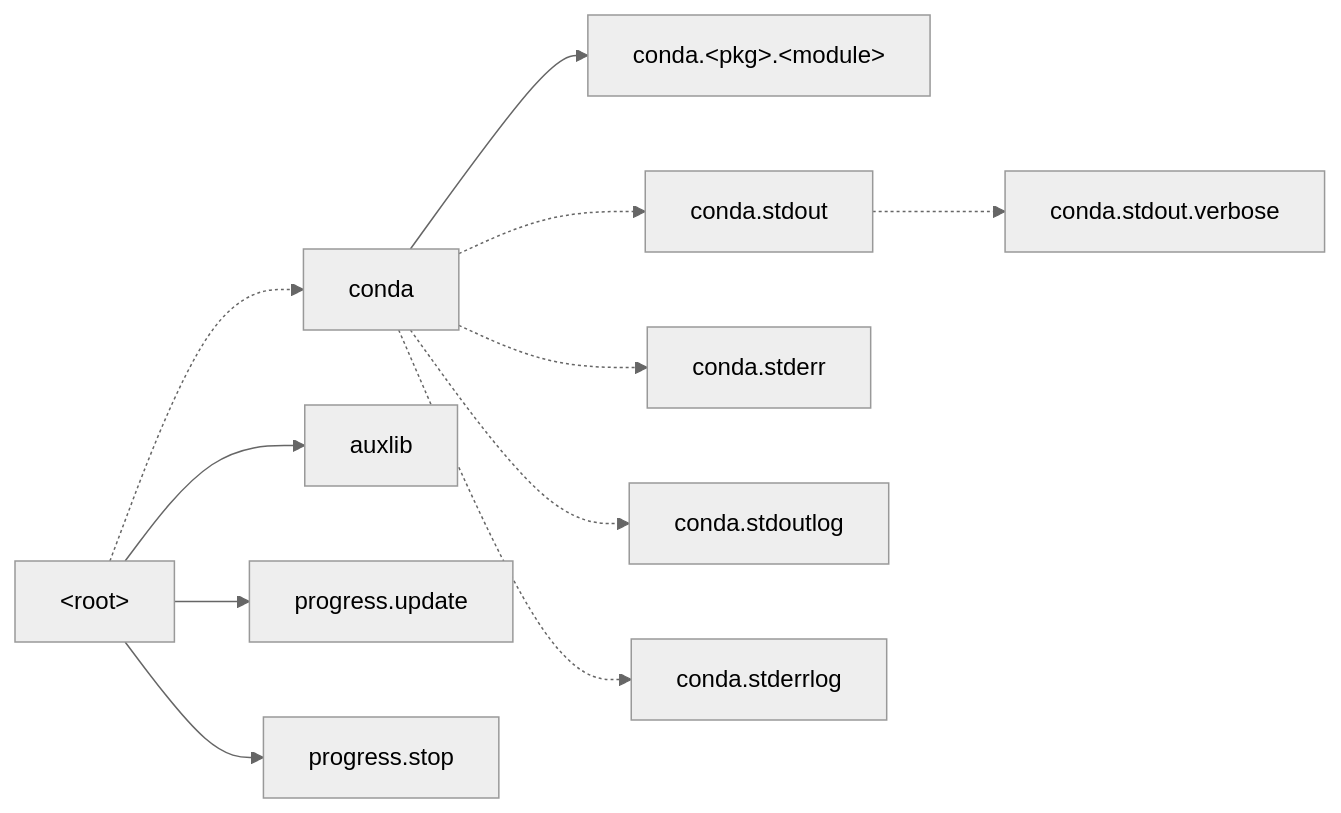
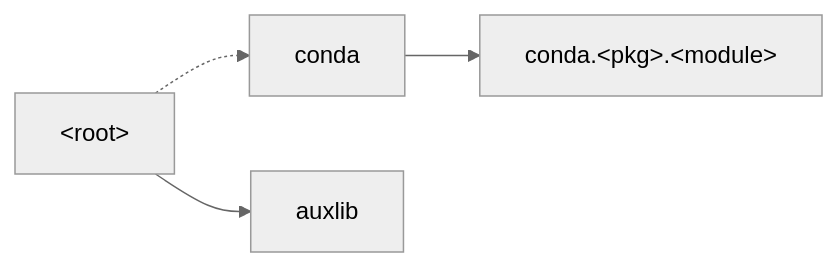
One commit to conda/conda changed the diagram in docs/source/dev-guide/deep-dives/logging.md. Above: the diagram before and after it, drawn with Mermaid (neutral theme). The commit also changed other lines of this file, not shown here.

````diff
--- a/docs/source/dev-guide/deep-dives/logging.md
+++ b/docs/source/dev-guide/deep-dives/logging.md
@@ -16,13 +14,8 @@
 ```{mermaid}
 :caption: The conda logger hierarchy. Dotted lines represent relations with `propagate = False`.
 
 flowchart LR
     root["&lt;root&gt;"] -.-> conda
     conda --> modules["conda.&lt;pkg&gt;.&lt;module&gt;"]
-    conda -.-> conda.stdout -.-> conda.stdout.verbose
-    conda -.-> conda.stderr
-    conda -.-> conda.stdoutlog
-    conda -.-> conda.stderrlog
     root --> auxlib
-    root --> progress.update & progress.stop
 ```
````
